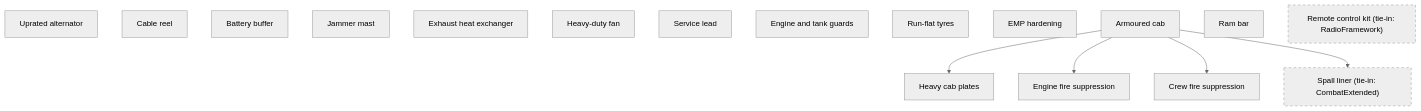
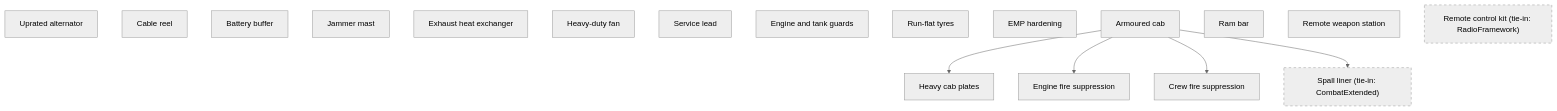
Before and after one commit to phobos-dthorga/phobos-rimworld: the second of 2 diagrams in docs/development/vehicle-generator-set.md, drawn with Mermaid (neutral theme). The commit also changed 44 other files, not shown here.

First line of the commit message:
The remote weapon station for the Talus and Busbar (Vehicles 0.119.0, Framework 0.285.0)

````diff
--- a/docs/development/vehicle-generator-set.md
+++ b/docs/development/vehicle-generator-set.md
@@ -233,26 +233,27 @@
 ```mermaid
 flowchart TB
   BiggerAlternator["Uprated alternator"]
   CableReel["Cable reel"]
   BatteryBuffer["Battery buffer"]
   GroundJammer["Jammer mast"]
   HeatRecovery["Exhaust heat exchanger"]
   HeavyFan["Heavy-duty fan"]
   PhobosServiceLead["Service lead"]
   PhobosEngineGuards["Engine and tank guards"]
   PhobosRunFlatTyres["Run-flat tyres"]
   PhobosEmpHardening["EMP hardening"]
   PhobosArmouredCab["Armoured cab"]
   PhobosRamBar["Ram bar"]
   PhobosHeavyCabPlates["Heavy cab plates"]
   PhobosSuppressionEngine["Engine fire suppression"]
   PhobosSuppressionCrew["Crew fire suppression"]
+  PhobosRemoteWeaponStation["Remote weapon station"]
   PhobosSpallLiner["Spall liner (tie-in: CombatExtended)"]
   PhobosRemoteControlKit["Remote control kit (tie-in: RadioFramework)"]
   PhobosArmouredCab --> PhobosHeavyCabPlates
   PhobosArmouredCab --> PhobosSuppressionEngine
   PhobosArmouredCab --> PhobosSuppressionCrew
   PhobosArmouredCab --> PhobosSpallLiner
   classDef tiein stroke-dasharray: 5 5
   class PhobosSpallLiner,PhobosRemoteControlKit tiein
 ```
````
